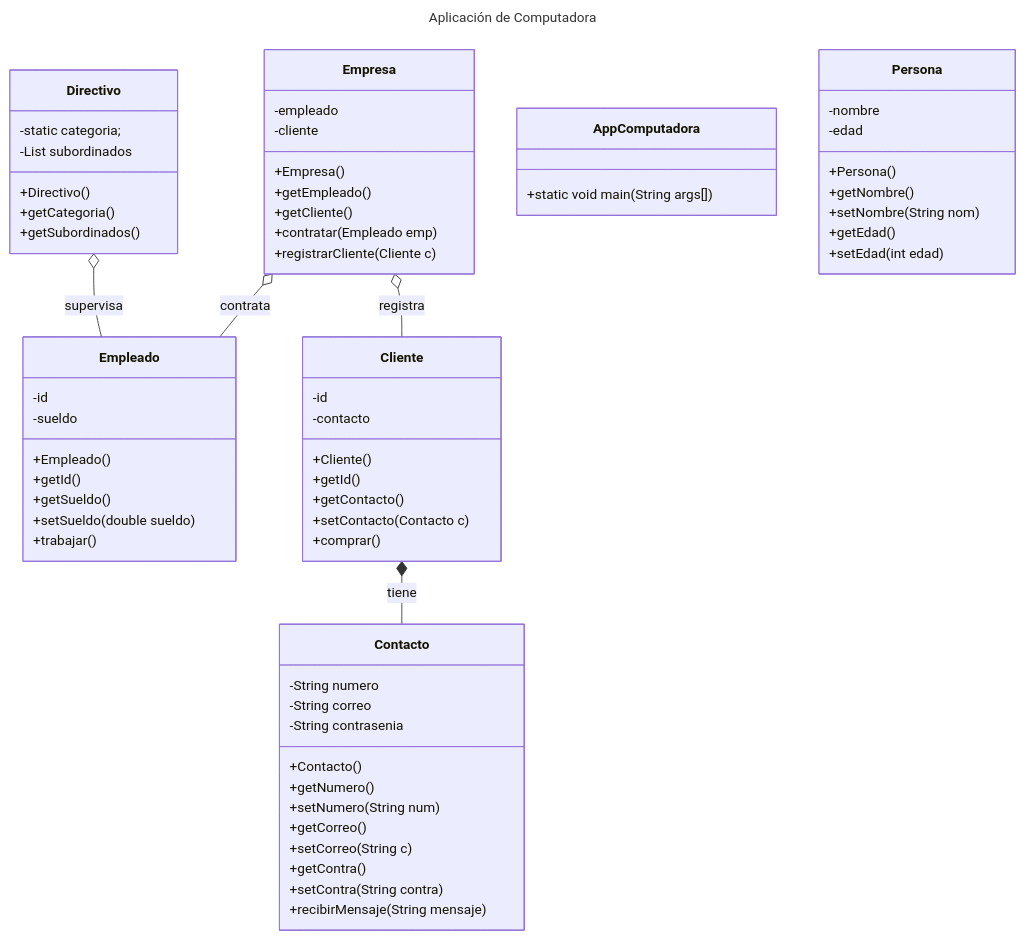
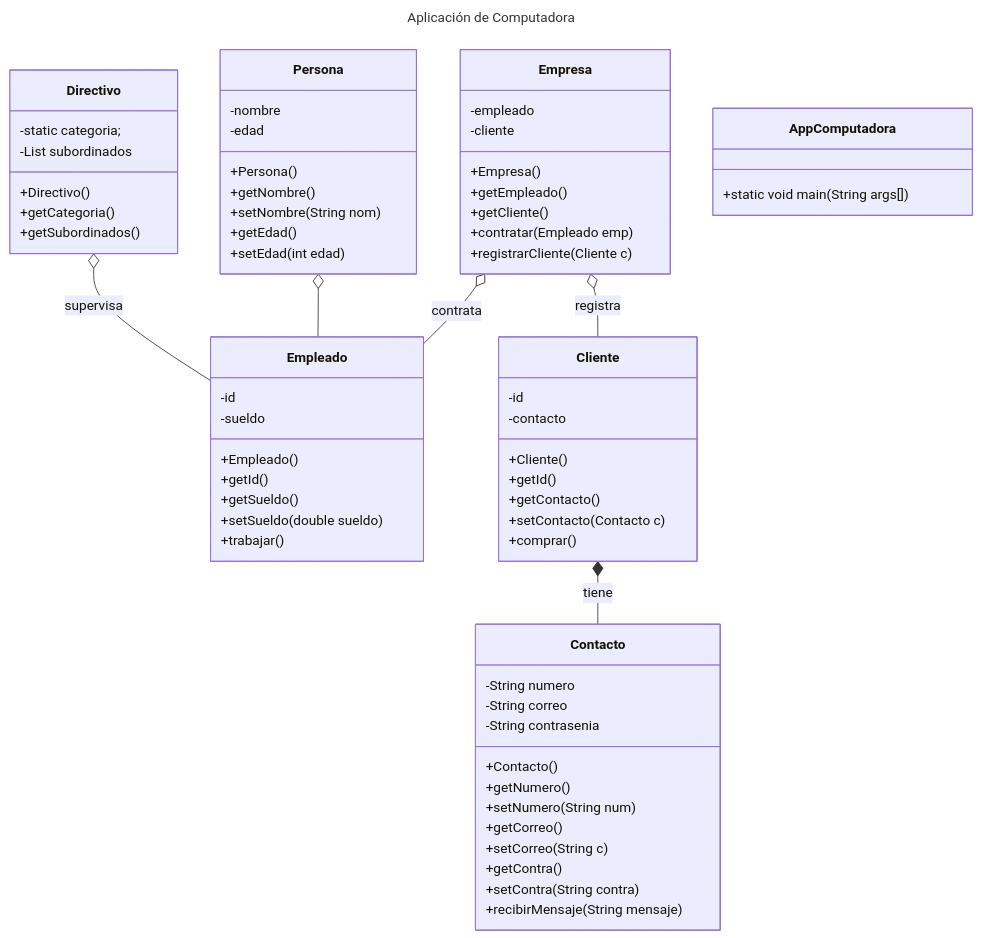
Before and after one commit to mauryci2/Jaime-Felix-POO-Base: the diagram in README.md, drawn with Mermaid.

Commit message:
me falto empleado heredar de persona

````diff
--- a/README.md
+++ b/README.md
@@ -7,70 +7,71 @@
 ```mermaid
 ---
 title: Aplicación de Computadora
 ---
 classDiagram
       %% Relaciones de agregación / composición
       Empresa o-- Empleado : contrata
       Empresa o-- Cliente : registra
       Cliente *-- Contacto : tiene
+      Persona o-- Empleado
       Directivo o-- Empleado : supervisa
       class AppComputadora{
             +static void main(String args[])
       }
       class Empresa{
             -empleado
             -cliente
             +Empresa()
             +getEmpleado()
             +getCliente()
             +contratar(Empleado emp)
             +registrarCliente(Cliente c)
       }
       class Directivo{
             -static categoria;
             -List<Empleado> subordinados
             +Directivo()
             +getCategoria()
             +getSubordinados()
       }      
       class Persona{
             -nombre
             -edad
             +Persona()
             +getNombre()
             +setNombre(String nom)
             +getEdad()
             +setEdad(int edad)
       }
       class Empleado{
             -id
             -sueldo
              +Empleado()
             +getId()
             +getSueldo()
             +setSueldo(double sueldo)
             +trabajar()
       }
       class Cliente{
             -id
             -contacto
             +Cliente()
             +getId()
             +getContacto()
             +setContacto(Contacto c)
             +comprar()
       }
       class Contacto{
             -String numero
             -String correo
             -String contrasenia
             +Contacto()
             +getNumero()
             +setNumero(String num)
             +getCorreo()
             +setCorreo(String c)
             +getContra()
             +setContra(String contra)
             +recibirMensaje(String mensaje)
       }
 ```
````
